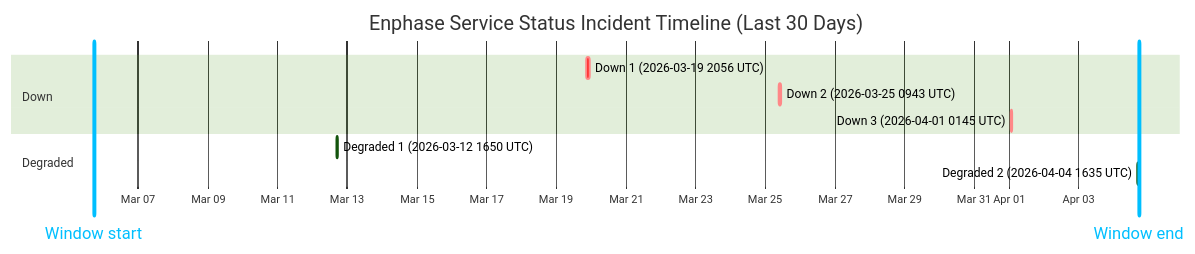
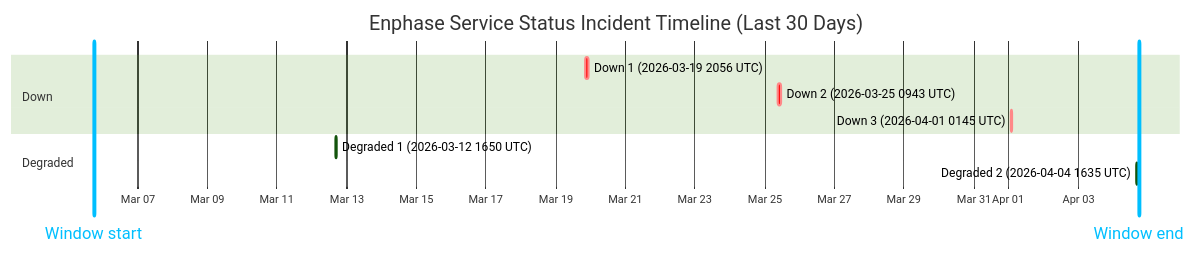
The diagram in wiki/Service-Status-History.md (barneyonline/ha-enphase-ev-charger), drawn with Mermaid (forest theme) before and after one commit. The commit also changed other lines of this file and 3 other files, not shown here.

````diff
--- a/wiki/Service-Status-History.md
+++ b/wiki/Service-Status-History.md
@@ -14,15 +14,15 @@
 ```mermaid
 gantt
     title Enphase Service Status Incident Timeline (Last 30 Days)
     dateFormat  YYYY-MM-DDTHH:mm:ss
     axisFormat  %b %d
-    Window start :vert, window-start, 2026-03-05T17:28:56, 0ms
-    Window end :vert, window-end, 2026-04-04T17:28:56, 0ms
+    Window start :vert, window-start, 2026-03-05T17:58:34, 0ms
+    Window end :vert, window-end, 2026-04-04T17:58:34, 0ms
     section Down
     Down 1 (2026-03-19 2056 UTC) :crit, down-1, 2026-03-19T20:56:20, 145m
     Down 2 (2026-03-25 0943 UTC) :crit, down-2, 2026-03-25T09:43:28, 111m
     Down 3 (2026-04-01 0145 UTC) :crit, down-3, 2026-04-01T01:45:09, 60m
     section Degraded
     Degraded 1 (2026-03-12 1650 UTC) :active, degraded-1, 2026-03-12T16:50:43, 60m
     Degraded 2 (2026-04-04 1635 UTC) :active, degraded-2, 2026-04-04T16:35:17, 60m
 ```
````
